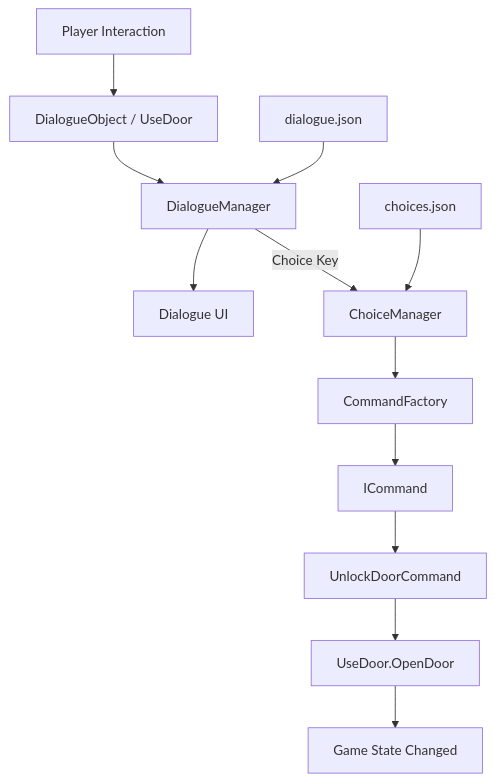
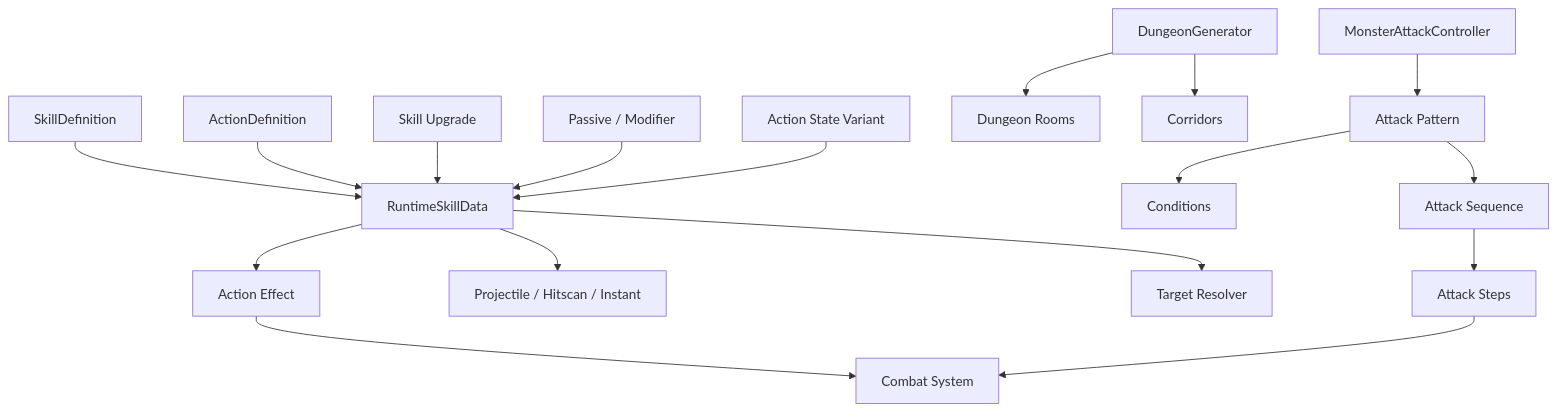
The diagram in README.md (fog-fox/Project-Expedition-Showcase), drawn with Mermaid before and after one commit. The commit also changed other lines of this file, not shown here.

````diff
--- a/README.md
+++ b/README.md
@@ -235,29 +399,36 @@
 ```mermaid
 flowchart TD
 
-    Interaction[Player Interaction]
+    Skill[SkillDefinition]
+    Action[ActionDefinition]
+    Runtime[RuntimeSkillData]
 
-    Interaction --> Object[DialogueObject / UseDoor]
+    Skill --> Runtime
+    Action --> Runtime
 
-    Object --> DialogueManager[DialogueManager]
+    Upgrade[Skill Upgrade]
+    Passive[Passive / Modifier]
+    State[Action State Variant]
 
-    DialogueJSON[dialogue.json]
-        --> DialogueManager
+    Upgrade --> Runtime
+    Passive --> Runtime
+    State --> Runtime
 
-    DialogueManager --> DialogueUI[Dialogue UI]
+    Runtime --> Effect[Action Effect]
+    Runtime --> Projectile[Projectile / Hitscan / Instant]
+    Runtime --> Target[Target Resolver]
 
-    DialogueManager -->|Choice Key| ChoiceManager[ChoiceManager]
+    Effect --> Combat[Combat System]
 
-    ChoiceJSON[choices.json]
-        --> ChoiceManager
+    Dungeon[DungeonGenerator]
+    Dungeon --> Room[Dungeon Rooms]
+    Dungeon --> Corridor[Corridors]
 
-    ChoiceManager --> Factory[CommandFactory]
+    Monster[MonsterAttackController]
+    Monster --> Pattern[Attack Pattern]
+    Pattern --> Condition[Conditions]
+    Pattern --> Sequence[Attack Sequence]
+    Sequence --> Step[Attack Steps]
 
-    Factory --> Command[ICommand]
-
-    Command --> Unlock[UnlockDoorCommand]
-
-    Unlock --> Door[UseDoor.OpenDoor]
-
-    Door --> Result[Game State Changed]
+    Step --> Combat
 ```
````
